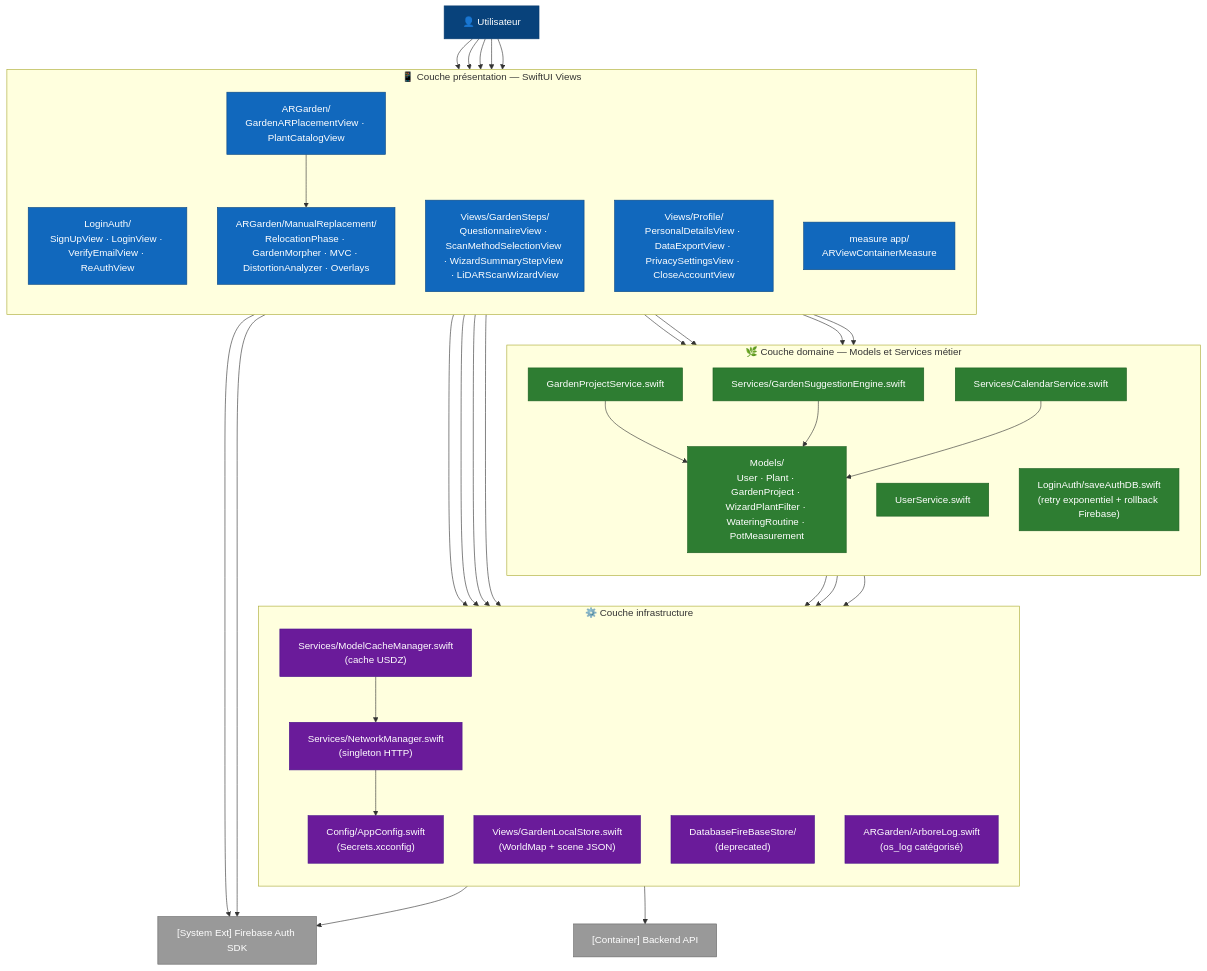
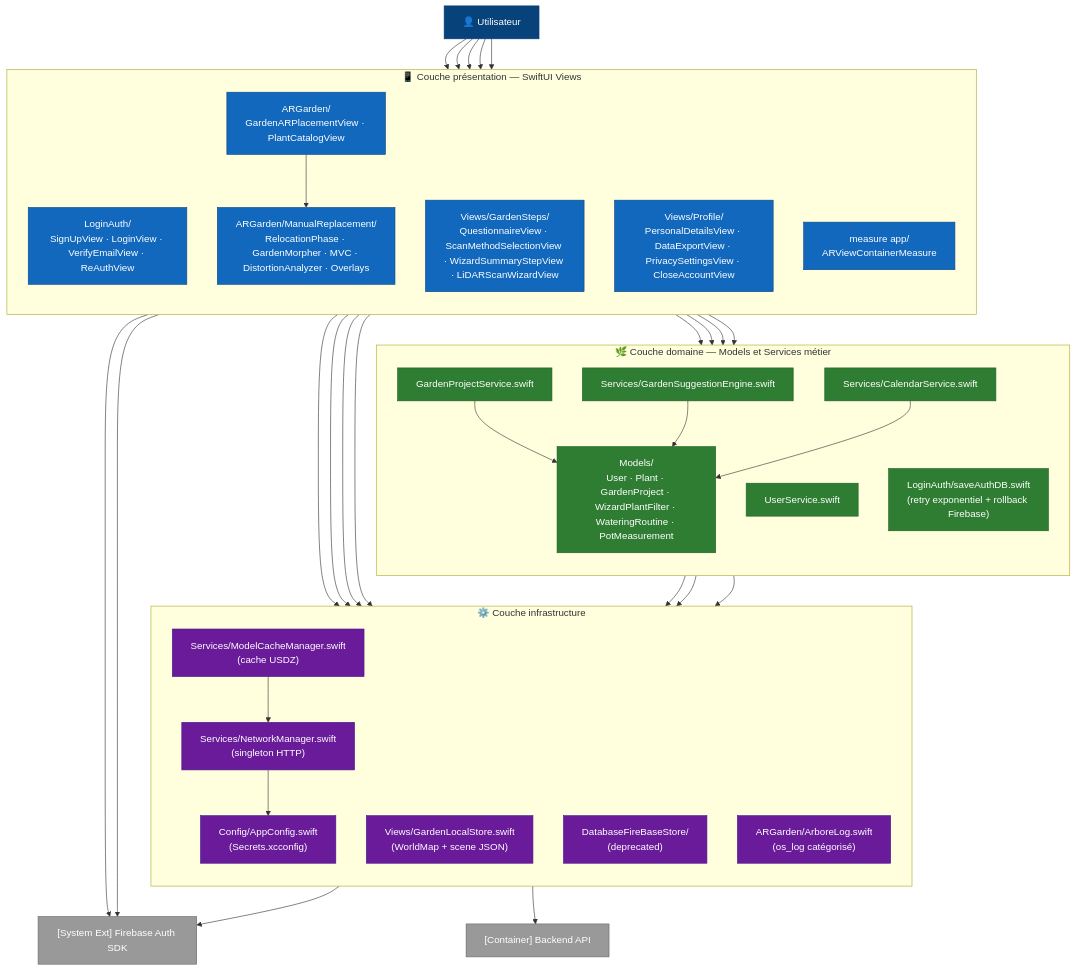
Before and after one commit to ArboreTeam/Arbore: the diagram in docs/architecture/03-components-ios.md, drawn with Mermaid.

Commit message:
docs(ios): reinforce vertical layout with node-level invisible edges
Suite à la review : ui_layer et domain_layer restaient côte à côte
malgré l'edge invisible 'ui_layer ~~~ domain_layer'. Cause : 4 edges
réels sautent la couche domaine (ar_view→local_store,
ar_view→model_cache, profile→network, measure→local_store) et tendent
à rapprocher ui et infra dans le layout Dagre.

Fix : ajouter plusieurs edges invisibles node-à-node de la couche ui
(measure, manual_rep) vers la couche domaine (user_svc, suggest,
calendar, save_auth) pour rééquilibrer le poids vertical entre les
deux couches.

infra_layer était déjà correctement placée en bas via les real edges
domain→infra et l'edge invisible domain_layer ~~~ infra_layer.

```diff
--- a/docs/architecture/03-components-ios.md
+++ b/docs/architecture/03-components-ios.md
@@ -45,13 +45,21 @@
     fb_auth_ext["[System Ext] Firebase Auth SDK"]
     backend_ext["[Container] Backend API"]
 
-    %% Edges invisibles pour forcer le stack vertical des subgraphs
-    %% (Mermaid ignore "direction TB" dans un subgraph si ses noeuds ont
-    %% des liens vers l'extérieur. Voir mermaid-js/mermaid#6438.)
+    %% Edges invisibles pour forcer le stack vertical des subgraphs.
+    %% Mermaid ignore "direction TB" dans un subgraph si ses noeuds ont
+    %% des liens vers l'extérieur (mermaid-js/mermaid#6438). Le fix
+    %% officiel est d'ajouter des liens invisibles entre subgraphs.
+    %% Plusieurs liens node-à-node sont nécessaires pour contrebalancer
+    %% les edges réels ui→infra qui sautent la couche domaine et tendent
+    %% à rapprocher ui et infra dans le layout Dagre.
     user ~~~ ui_layer
     ui_layer ~~~ domain_layer
     domain_layer ~~~ infra_layer
     infra_layer ~~~ backend_ext
+    measure ~~~ user_svc
+    measure ~~~ suggest
+    measure ~~~ calendar
+    manual_rep ~~~ save_auth
 
     %% Edges réelles
     user --> login
```
